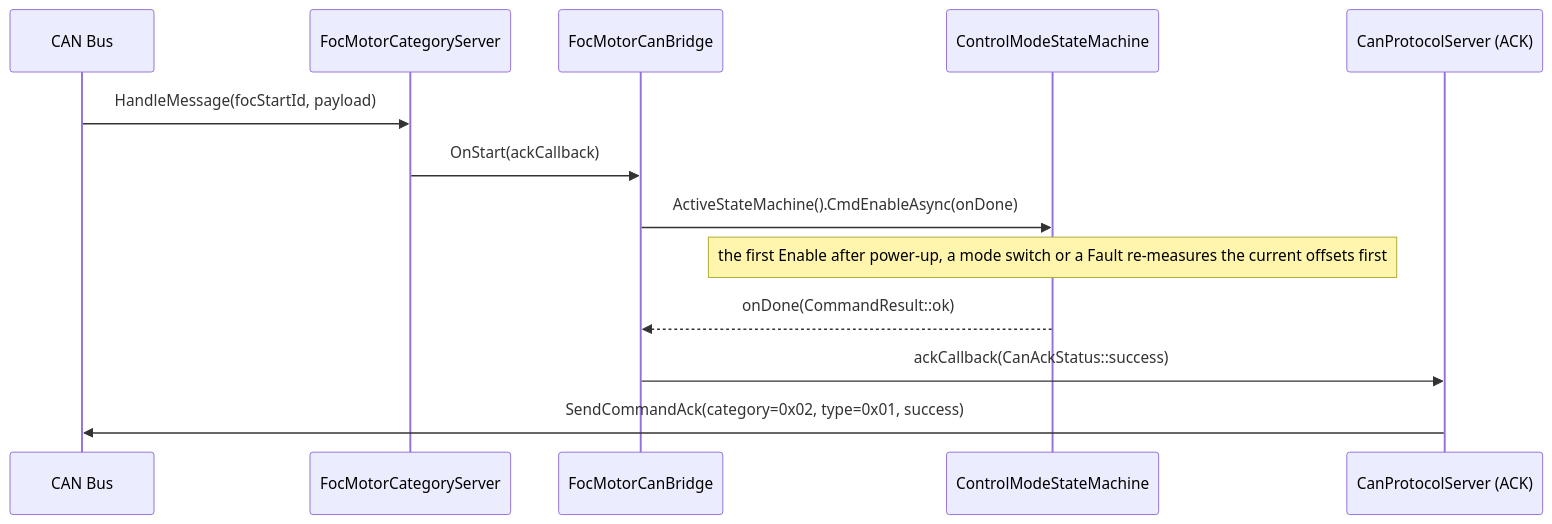
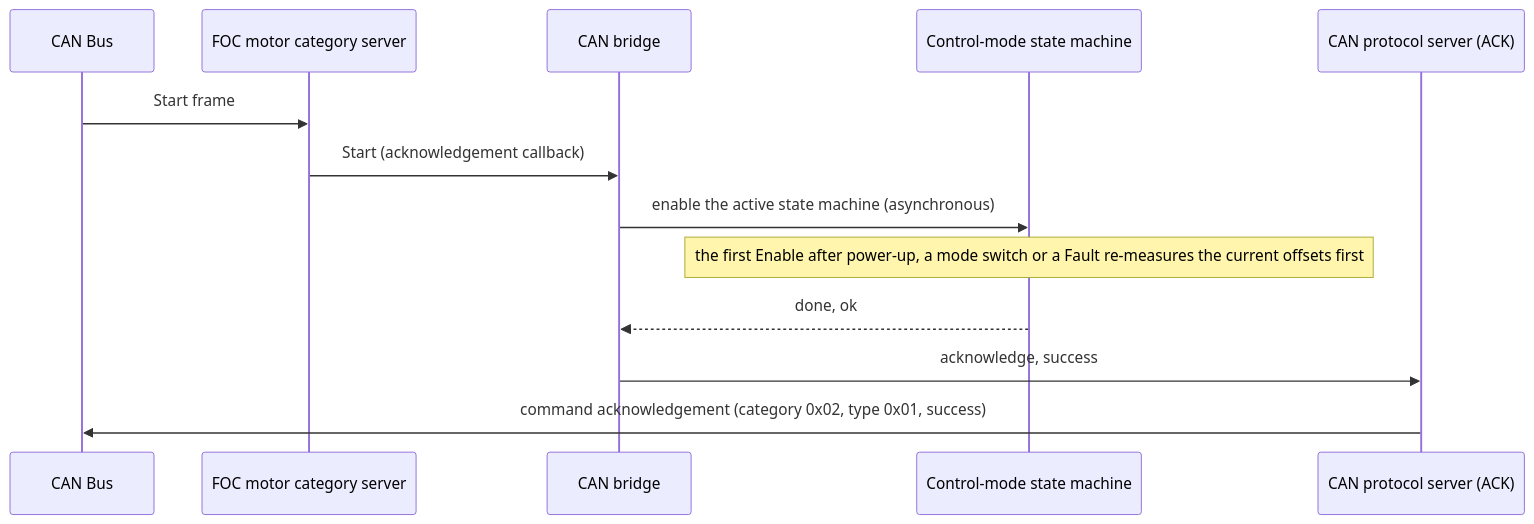
Before and after one commit to embedded-pro/e-foc: the fourth of 7 diagrams in documentation/design/service-can.md, drawn with Mermaid. The commit also changed other lines of this file and 37 other files, not shown here.

````diff
--- a/documentation/design/service-can.md
+++ b/documentation/design/service-can.md
@@ -360,16 +392,16 @@
 ```mermaid
 sequenceDiagram
     participant CAN as CAN Bus
-    participant SRV as FocMotorCategoryServer
-    participant BRG as FocMotorCanBridge
-    participant SM as ControlModeStateMachine
-    participant ACK as CanProtocolServer (ACK)
+    participant SRV as FOC motor category server
+    participant BRG as CAN bridge
+    participant SM as Control-mode state machine
+    participant ACK as CAN protocol server (ACK)
 
-    CAN->>SRV: HandleMessage(focStartId, payload)
-    SRV->>BRG: OnStart(ackCallback)
-    BRG->>SM: ActiveStateMachine().CmdEnableAsync(onDone)
+    CAN->>SRV: Start frame
+    SRV->>BRG: Start (acknowledgement callback)
+    BRG->>SM: enable the active state machine (asynchronous)
     note over SM: the first Enable after power-up, a mode switch or a Fault re-measures the current offsets first
-    SM-->>BRG: onDone(CommandResult::ok)
-    BRG->>ACK: ackCallback(CanAckStatus::success)
-    ACK->>CAN: SendCommandAck(category=0x02, type=0x01, success)
+    SM-->>BRG: done, ok
+    BRG->>ACK: acknowledge, success
+    ACK->>CAN: command acknowledgement (category 0x02, type 0x01, success)
 ```
````
